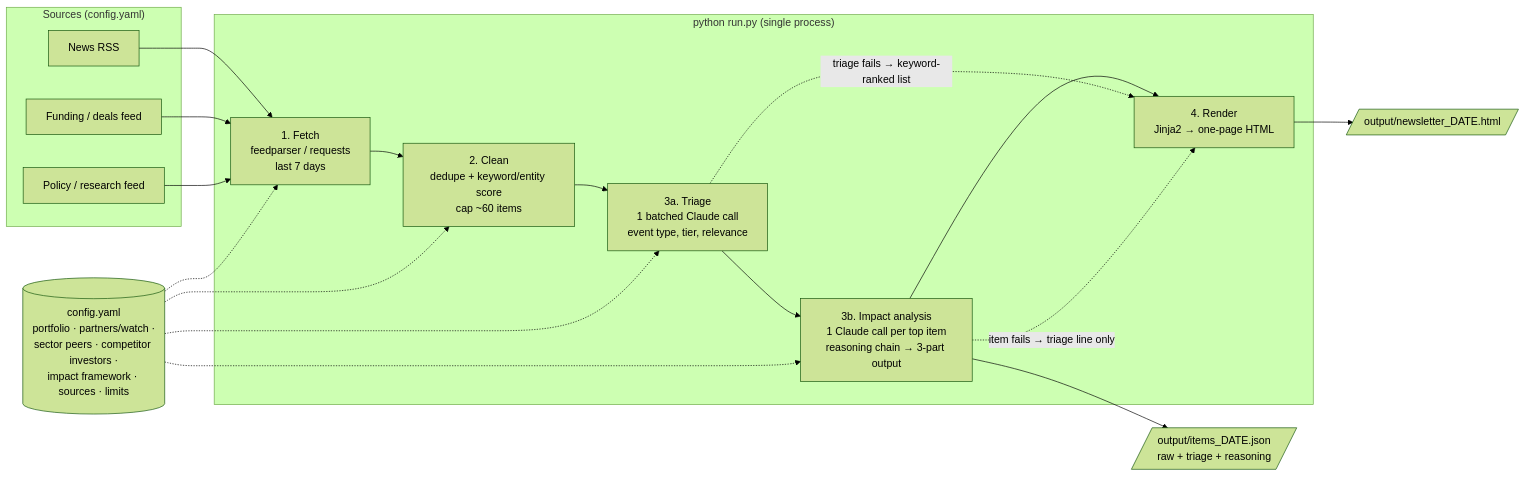
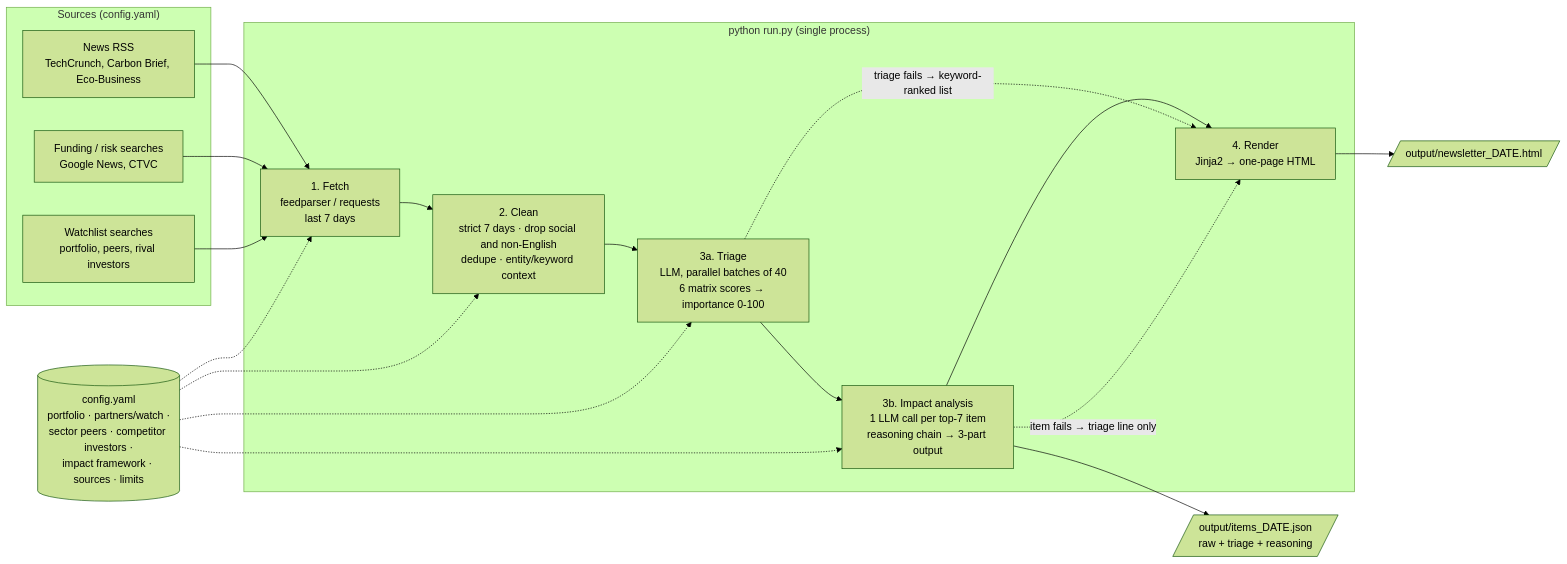
One commit to Benjamin-Fernandez/genzero-climate-newsletter changed the first of 4 diagrams in PLAN.md. Above: the diagram before and after it, drawn with Mermaid (forest theme). The commit also changed other lines of this file and 8 other files, not shown here.

````diff
--- a/PLAN.md
+++ b/PLAN.md
@@ -24,26 +37,26 @@
 ```mermaid
 flowchart LR
     subgraph Sources["Sources (config.yaml)"]
-        S1[News RSS]
-        S2[Funding / deals feed]
-        S3[Policy / research feed]
+        S1[News RSS<br/>TechCrunch, Carbon Brief, Eco-Business]
+        S2[Funding / risk searches<br/>Google News, CTVC]
+        S3[Watchlist searches<br/>portfolio, peers, rival investors]
     end
 
     subgraph Pipeline["python run.py (single process)"]
         F[1. Fetch<br/>feedparser / requests<br/>last 7 days]
-        P[2. Clean<br/>dedupe + keyword/entity score<br/>cap ~60 items]
-        A1[3a. Triage<br/>1 batched Claude call<br/>event type, tier, relevance]
-        A2[3b. Impact analysis<br/>1 Claude call per top item<br/>reasoning chain → 3-part output]
+        P[2. Clean<br/>strict 7 days · drop social and non-English<br/>dedupe · entity/keyword context]
+        A1[3a. Triage<br/>LLM, parallel batches of 40<br/>6 matrix scores → importance 0-100]
+        A2[3b. Impact analysis<br/>1 LLM call per top-7 item<br/>reasoning chain → 3-part output]
         R[4. Render<br/>Jinja2 → one-page HTML]
     end
 
     C[(config.yaml<br/>portfolio · partners/watch ·<br/>sector peers · competitor investors ·<br/>impact framework · sources · limits)]
     O1[/output/newsletter_DATE.html/]
     O2[/output/items_DATE.json<br/>raw + triage + reasoning/]
 
     S1 & S2 & S3 --> F --> P --> A1 --> A2 --> R --> O1
     C -.-> F & P & A1 & A2
     A2 --> O2
     A1 -. "triage fails → keyword-ranked list" .-> R
     A2 -. "item fails → triage line only" .-> R
 ```
````
